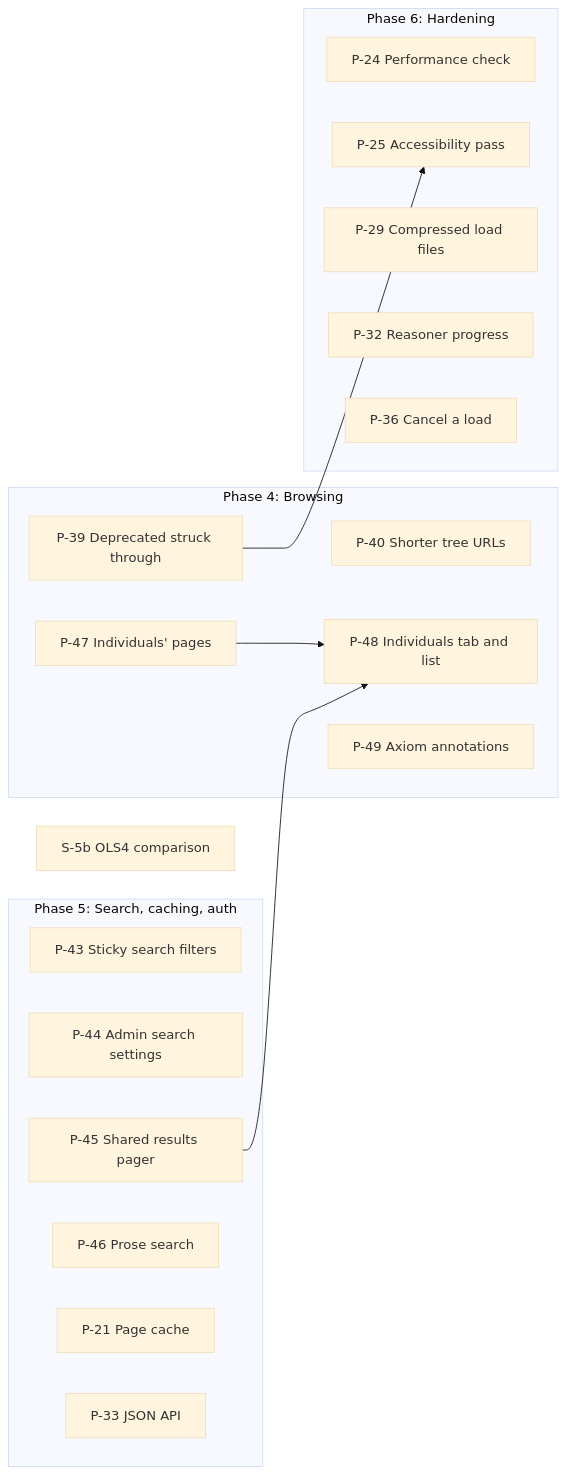
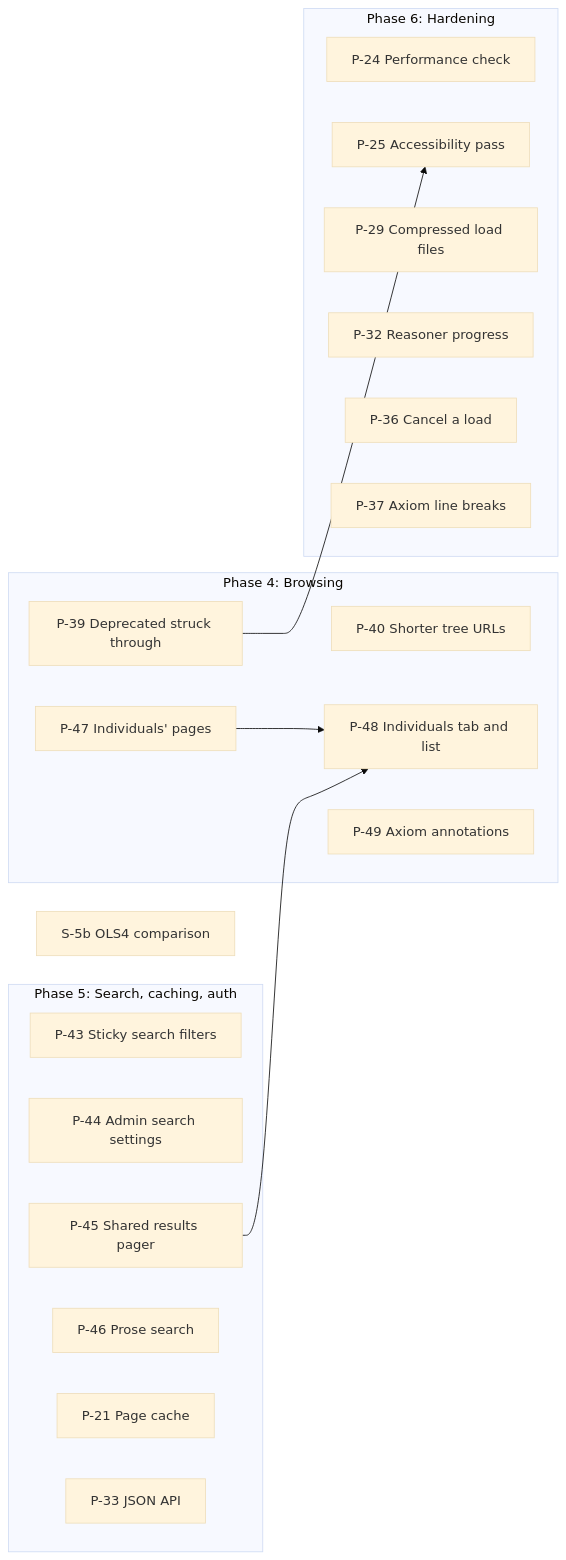
The diagram in docs/DESIGN.md (jclerman/browl), drawn with Mermaid (base theme) before and after one commit. The commit also changed other lines of this file, not shown here.

First line of the commit message:
Add datatypes as a Later requirement, and P-37 to the graph

````diff
--- a/docs/DESIGN.md
+++ b/docs/DESIGN.md
@@ -2183,30 +2184,31 @@
 ```mermaid
 flowchart LR
     subgraph P4["Phase 4: Browsing"]
         P39["P-39 Deprecated struck through"]
         P40["P-40 Shorter tree URLs"]
         P47["P-47 Individuals' pages"]
         P48["P-48 Individuals tab and list"]
         P49["P-49 Axiom annotations"]
     end
     subgraph P5["Phase 5: Search, caching, auth"]
         P43["P-43 Sticky search filters"]
         P44["P-44 Admin search settings"]
         P45["P-45 Shared results pager"]
         P46["P-46 Prose search"]
         P21["P-21 Page cache"]
         P33["P-33 JSON API"]
     end
     subgraph P6["Phase 6: Hardening"]
         P24["P-24 Performance check"]
         P25["P-25 Accessibility pass"]
         P29["P-29 Compressed load files"]
         P32["P-32 Reasoner progress"]
         P36["P-36 Cancel a load"]
+        P37["P-37 Axiom line breaks"]
     end
     S5b["S-5b OLS4 comparison"]
 
     P39 --> P25
     P47 --> P48
     P45 --> P48
 ```
````
